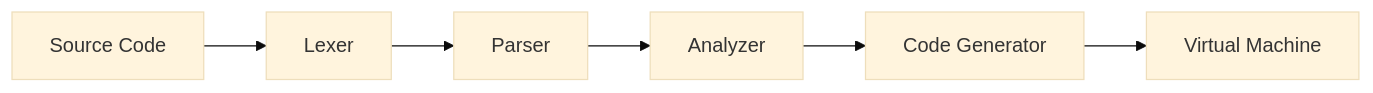
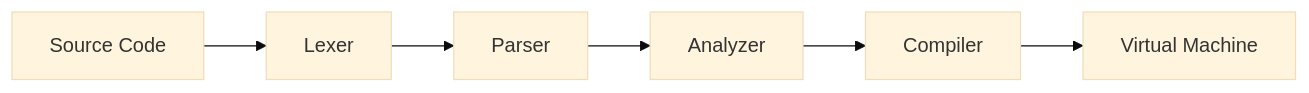
The diagram in docs/index.md (robcox2910/pebble-lang), drawn with Mermaid (base theme) before and after one commit. The commit also changed other lines of this file and 37 other files, not shown here.

````diff
--- a/docs/index.md
+++ b/docs/index.md
@@ -33,8 +33,8 @@
 ```mermaid
 graph LR
     A[Source Code] --> B[Lexer]
     B --> C[Parser]
     C --> D[Analyzer]
-    D --> E[Code Generator]
+    D --> E[Compiler]
     E --> F[Virtual Machine]
 ```
````
